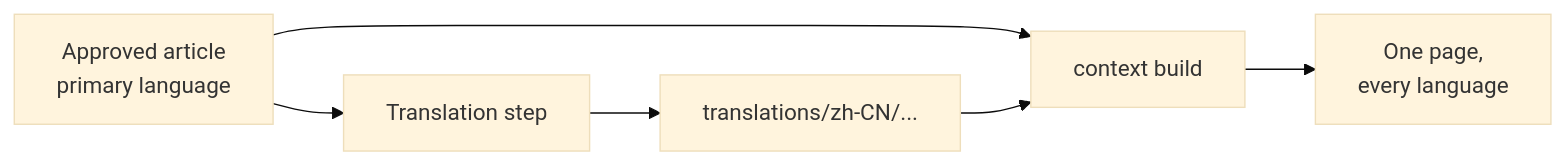
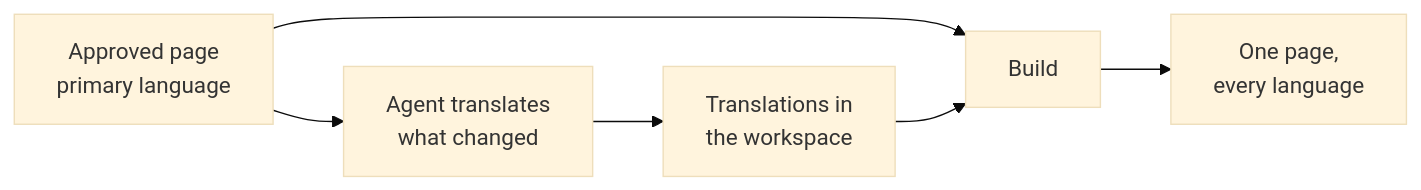
The diagram in knowledge/sop/outputs-and-sites/multilingual-sites.md (context4ai/portal), drawn with Mermaid (base theme) before and after one commit. The commit also changed other lines of this file and 129 other files, not shown here.

````diff
--- a/knowledge/sop/outputs-and-sites/multilingual-sites.md
+++ b/knowledge/sop/outputs-and-sites/multilingual-sites.md
@@ -14,8 +14,8 @@
 ```mermaid
 flowchart LR
-  approved["Approved article<br/>primary language"] --> tr["Translation step"]
-  tr --> files["translations/zh-CN/..."]
-  approved --> build["context build"]
+  approved["Approved page<br/>primary language"] --> tr["Agent translates<br/>what changed"]
+  tr --> files["Translations in<br/>the workspace"]
+  approved --> build["Build"]
   files --> build
   build --> page["One page,<br/>every language"]
 ```
````
